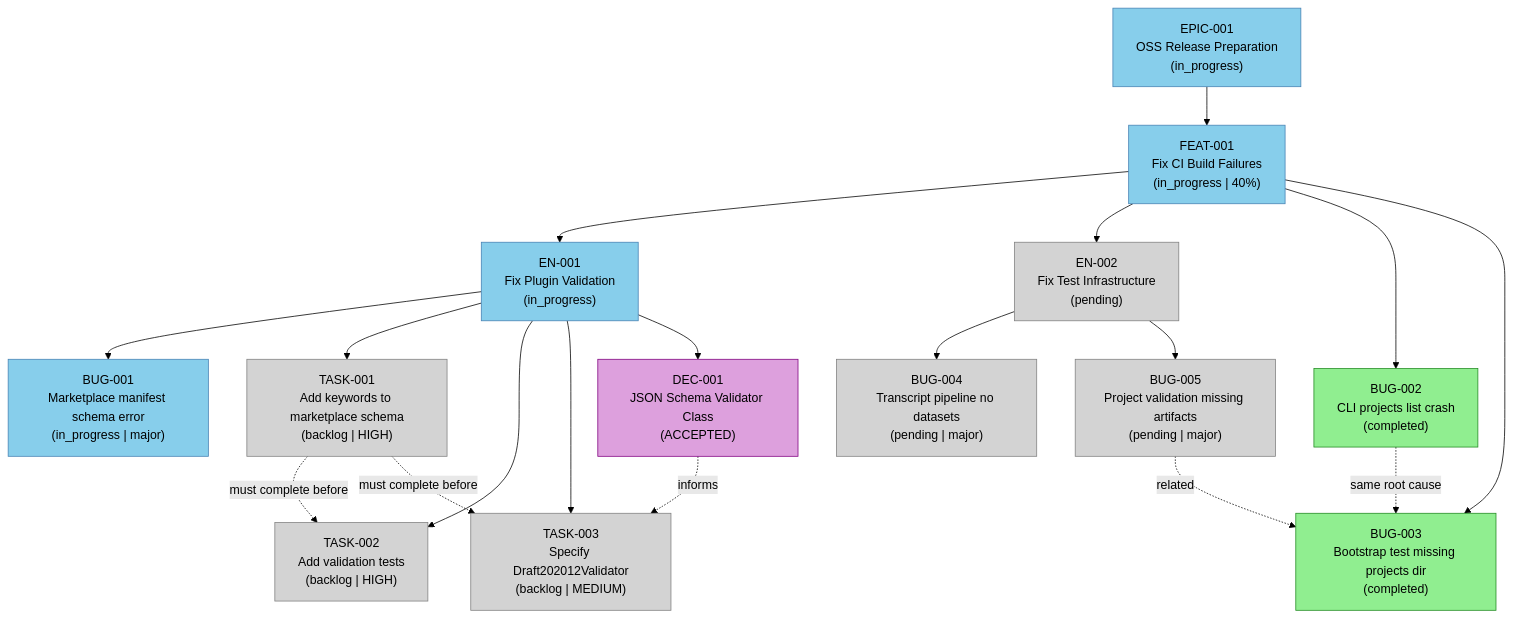
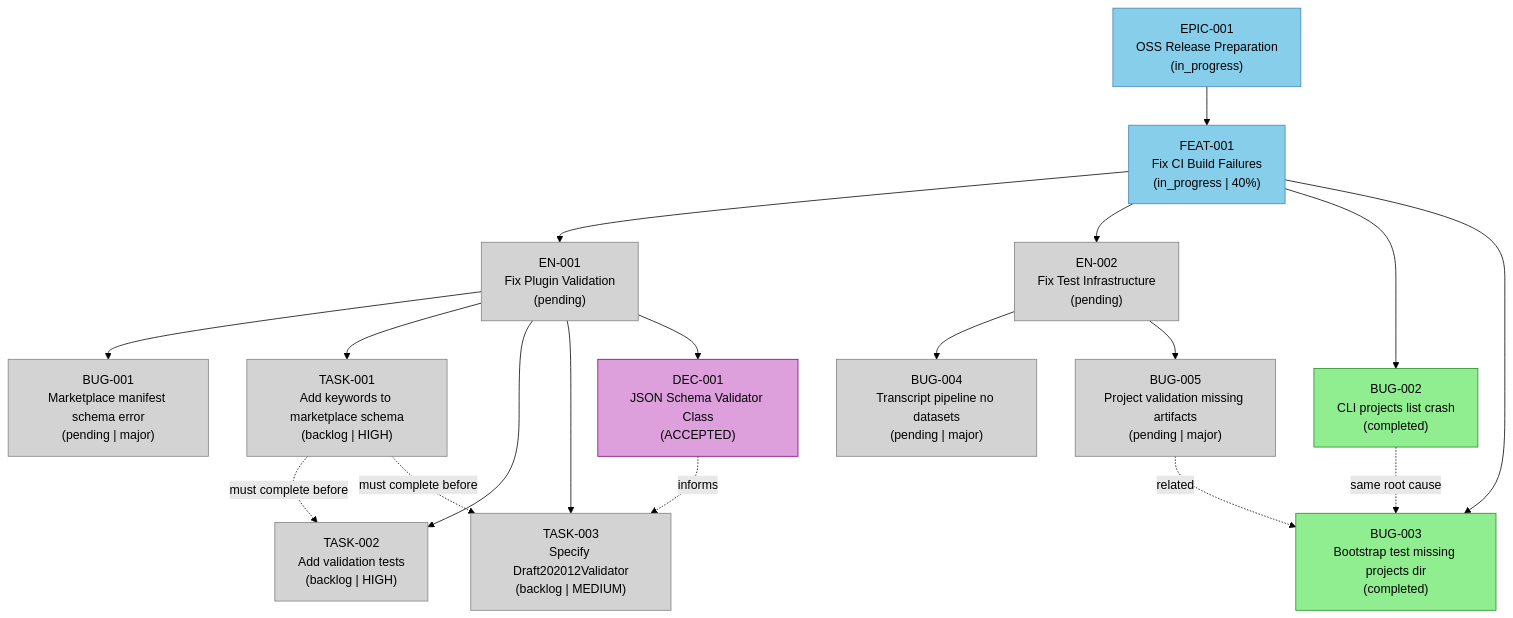
The first of 5 diagrams in projects/PROJ-001-oss-release/work/EPIC-001-oss-release/EPIC-001-hierarchy-visualization.md (geekatron/jerry), drawn with Mermaid (forest theme) before and after one commit. The commit also changed other lines of this file, not shown here.

First line of the commit message:
docs(worktracker): add all diagram types to hierarchy visualization

```diff
--- a/projects/PROJ-001-oss-release/work/EPIC-001-oss-release/EPIC-001-hierarchy-visualization.md
+++ b/projects/PROJ-001-oss-release/work/EPIC-001-oss-release/EPIC-001-hierarchy-visualization.md
@@ -38,11 +43,11 @@
     FEAT001["FEAT-001\nFix CI Build Failures\n(in_progress | 40%)"]
 
     %% --- Enabler Layer ---
-    EN001["EN-001\nFix Plugin Validation\n(in_progress)"]
+    EN001["EN-001\nFix Plugin Validation\n(pending)"]
     EN002["EN-002\nFix Test Infrastructure\n(pending)"]
 
     %% --- Bug Layer ---
-    BUG001["BUG-001\nMarketplace manifest schema error\n(in_progress | major)"]
+    BUG001["BUG-001\nMarketplace manifest schema error\n(pending | major)"]
     BUG002["BUG-002\nCLI projects list crash\n(completed)"]
     BUG003["BUG-003\nBootstrap test missing projects dir\n(completed)"]
     BUG004["BUG-004\nTranscript pipeline no datasets\n(pending | major)"]
@@ -112,11 +117,11 @@
     %% In-progress items: blue (#87CEEB)
     style EPIC001 fill:#87CEEB,stroke:#4682B4,color:#000
     style FEAT001 fill:#87CEEB,stroke:#4682B4,color:#000
-    style EN001 fill:#87CEEB,stroke:#4682B4,color:#000
-    style BUG001 fill:#87CEEB,stroke:#4682B4,color:#000
 
     %% Pending / backlog items: gray (#D3D3D3)
+    style EN001 fill:#D3D3D3,stroke:#808080,color:#000
     style EN002 fill:#D3D3D3,stroke:#808080,color:#000
+    style BUG001 fill:#D3D3D3,stroke:#808080,color:#000
     style BUG004 fill:#D3D3D3,stroke:#808080,color:#000
     style BUG005 fill:#D3D3D3,stroke:#808080,color:#000
     style TASK001 fill:#D3D3D3,stroke:#808080,color:#000
```
